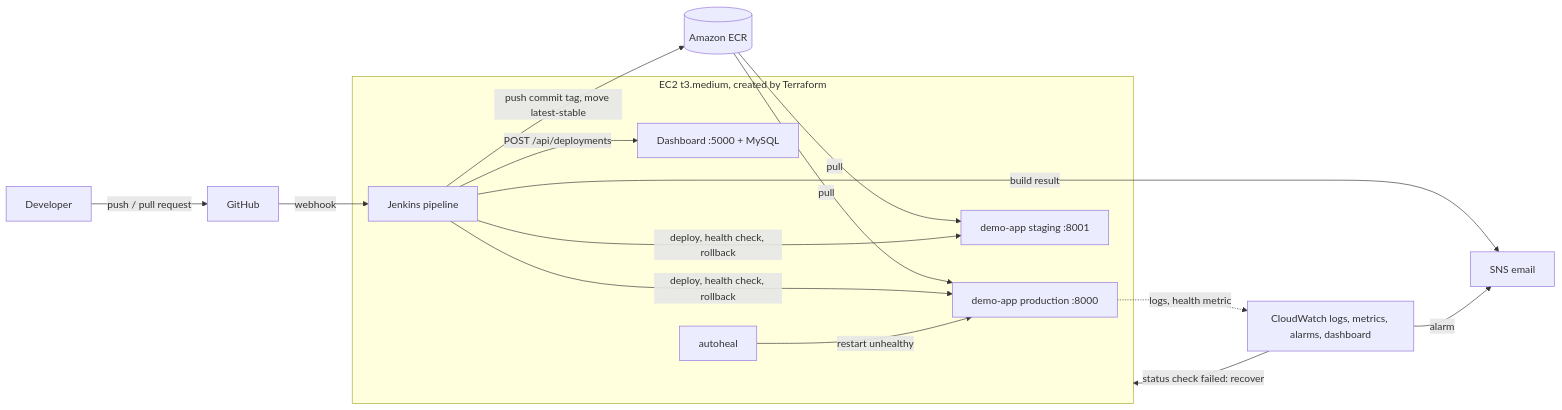
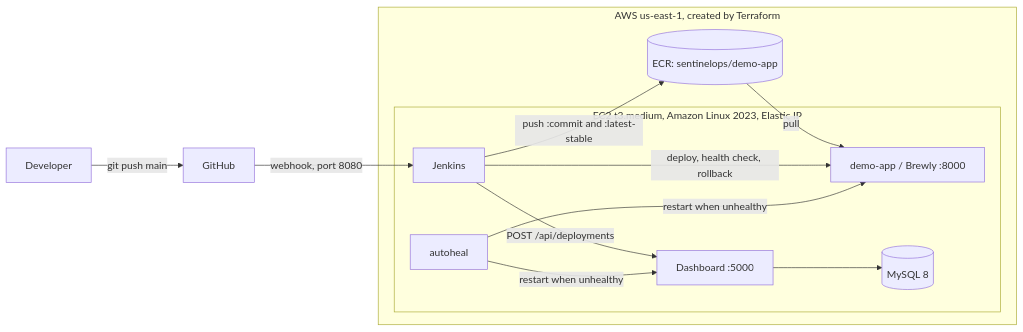
The diagram in README.md (raghavxd11/sentinelops), drawn with Mermaid before and after one commit. The commit also changed other lines of this file, not shown here.

Commit message:
docs: rewrite README to match the built pipeline, infrastructure and apps

````diff
--- a/README.md
+++ b/README.md
@@ -7,25 +16,24 @@
 ```mermaid
 flowchart LR
-    dev[Developer] -->|push / pull request| gh[GitHub]
-    gh -->|webhook| jenkins
+    dev[Developer] -->|git push main| gh[GitHub]
+    gh -->|webhook, port 8080| jenkins
 
-    subgraph ec2 [EC2 t3.medium, created by Terraform]
-        jenkins[Jenkins pipeline]
-        prod[demo-app production :8000]
-        stg[demo-app staging :8001]
-        dash[Dashboard :5000 + MySQL]
-        heal[autoheal]
+    subgraph aws [AWS us-east-1, created by Terraform]
+        subgraph ec2 [EC2 t3.medium, Amazon Linux 2023, Elastic IP]
+            jenkins[Jenkins]
+            demo[demo-app / Brewly :8000]
+            dash[Dashboard :5000]
+            mysql[(MySQL 8)]
+            heal[autoheal]
+        end
+        ecr[(ECR: sentinelops/demo-app)]
     end
 
-    jenkins -->|push commit tag, move latest-stable| ecr[(Amazon ECR)]
-    ecr -->|pull| prod
-    ecr -->|pull| stg
-    jenkins -->|deploy, health check, rollback| prod
-    jenkins -->|deploy, health check, rollback| stg
+    jenkins -->|push :commit and :latest-stable| ecr
+    ecr -->|pull| demo
+    jenkins -->|deploy, health check, rollback| demo
     jenkins -->|POST /api/deployments| dash
-    heal -->|restart unhealthy| prod
-    jenkins -->|build result| sns[SNS email]
-    prod -.->|logs, health metric| cw[CloudWatch logs, metrics, alarms, dashboard]
-    cw -->|alarm| sns
-    cw -->|status check failed: recover| ec2
+    dash --> mysql
+    heal -->|restart when unhealthy| demo
+    heal -->|restart when unhealthy| dash
 ```
````
